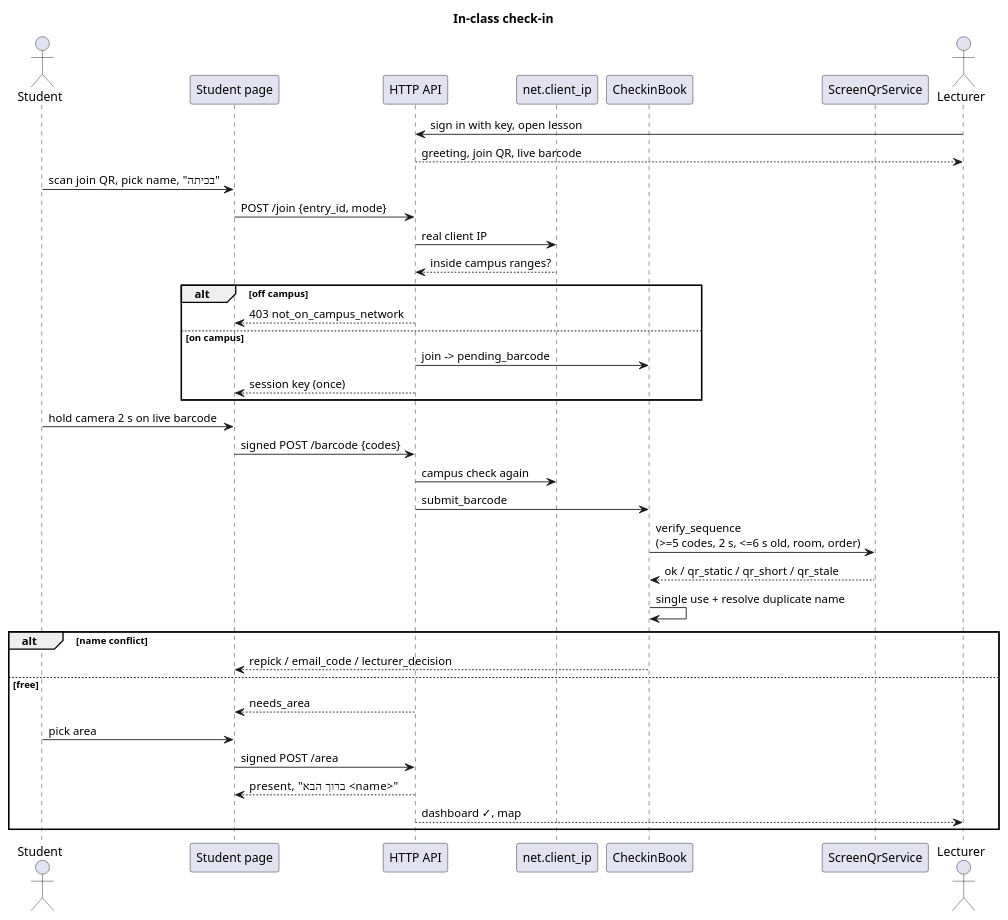
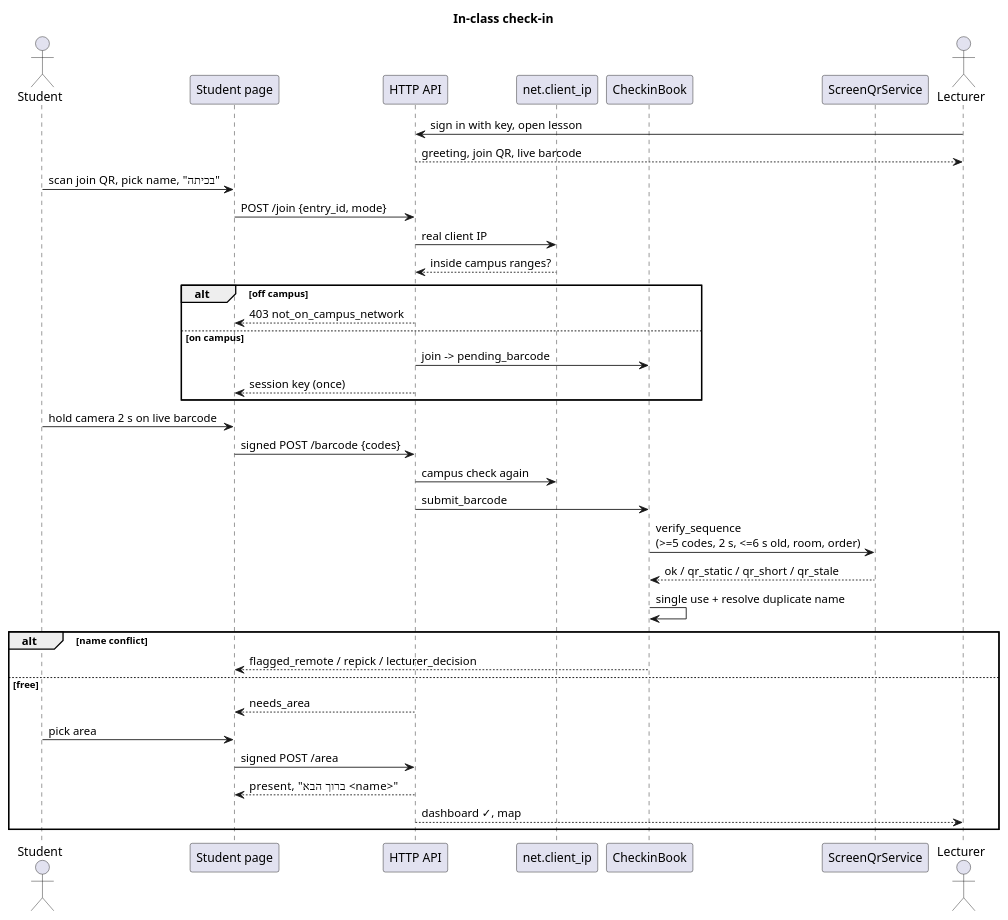
The diagram in docs/diagrams/seq-checkin.puml (Haim-Barby/ZooMoodle), drawn with PlantUML before and after one commit. The commit also changed 46 other files, not shown here.

```diff
--- a/docs/diagrams/seq-checkin.puml
+++ b/docs/diagrams/seq-checkin.puml
@@ -1,40 +1,40 @@
 @startuml seq-checkin
 title In-class check-in
 
 actor Student
 participant "Student page" as UI
 participant "HTTP API" as API
 participant "net.client_ip" as NET
 participant CheckinBook as CB
 participant ScreenQrService as QR
 actor Lecturer
 
 Lecturer -> API : sign in with key, open lesson
 API --> Lecturer : greeting, join QR, live barcode
 Student -> UI : scan join QR, pick name, "בכיתה"
 UI -> API : POST /join {entry_id, mode}
 API -> NET : real client IP
 NET --> API : inside campus ranges?
 alt off campus
   API --> UI : 403 not_on_campus_network
 else on campus
   API -> CB : join -> pending_barcode
   API --> UI : session key (once)
 end
 Student -> UI : hold camera 2 s on live barcode
 UI -> API : signed POST /barcode {codes}
 API -> NET : campus check again
 API -> CB : submit_barcode
 CB -> QR : verify_sequence\n(>=5 codes, 2 s, <=6 s old, room, order)
 QR --> CB : ok / qr_static / qr_short / qr_stale
 CB -> CB : single use + resolve duplicate name
 alt name conflict
-  CB --> UI : repick / email_code / lecturer_decision
+  CB --> UI : flagged_remote / repick / lecturer_decision
 else free
   API --> UI : needs_area
   Student -> UI : pick area
   UI -> API : signed POST /area
   API --> UI : present, "ברוך הבא <name>"
   API --> Lecturer : dashboard ✓, map
 end
 @enduml
```
